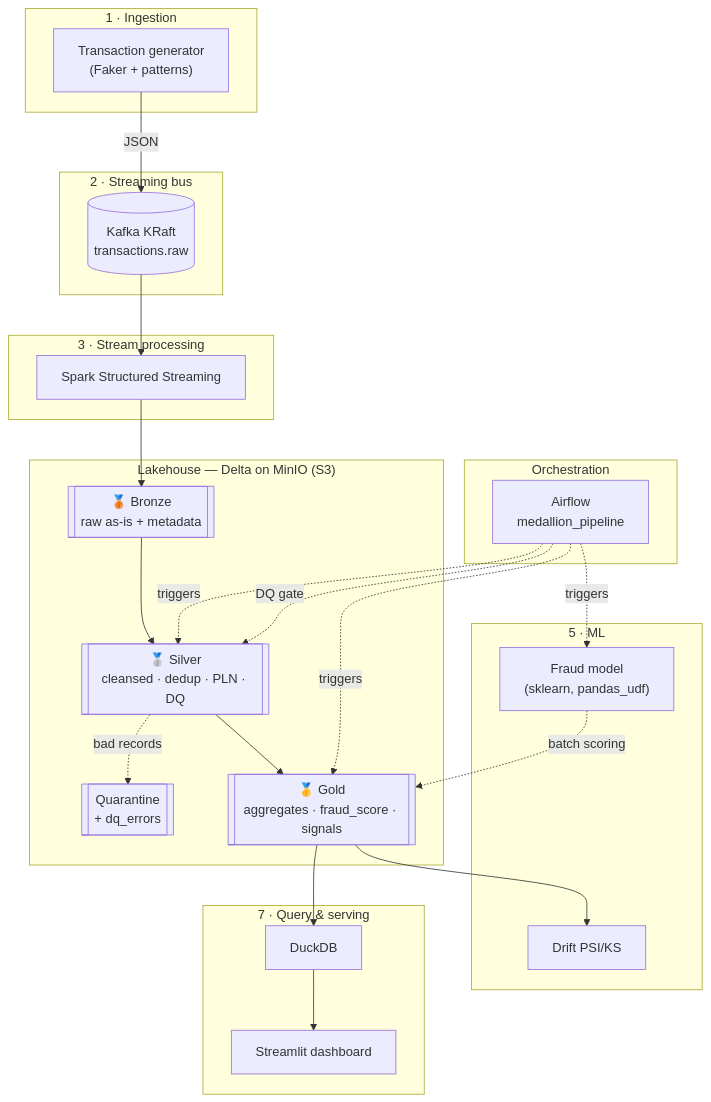
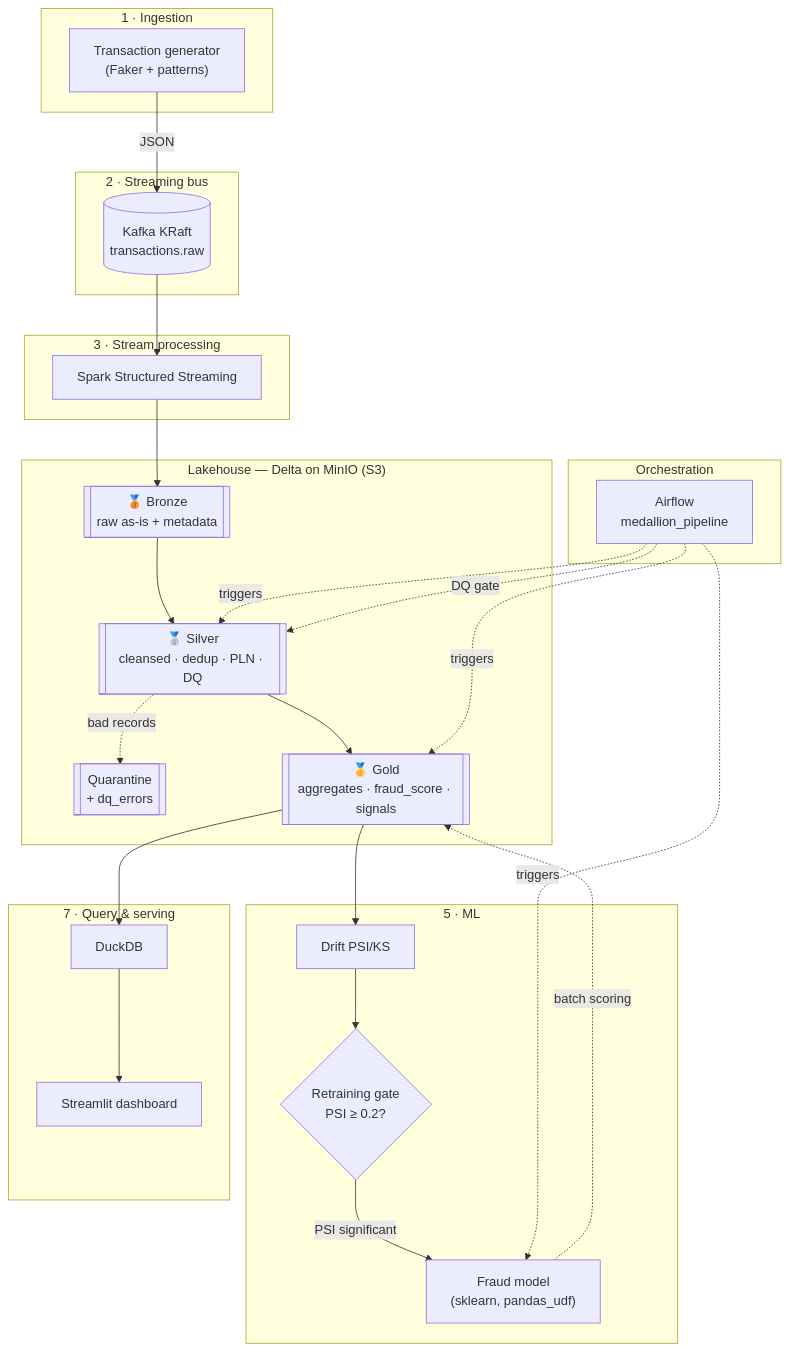
Before and after one commit to Pawel123j/TransactPulse: the diagram in docs/ARCHITECTURE.md, drawn with Mermaid. The commit also changed other lines of this file, not shown here.

````diff
--- a/docs/ARCHITECTURE.md
+++ b/docs/ARCHITECTURE.md
@@ -11,42 +11,45 @@
 ```mermaid
 flowchart TB
     subgraph ING["1 · Ingestion"]
         GEN["Transaction generator<br/>(Faker + patterns)"]
     end
     subgraph BUS["2 · Streaming bus"]
         KAFKA[("Kafka KRaft<br/>transactions.raw")]
     end
     subgraph PROC["3 · Stream processing"]
         SPARK["Spark Structured Streaming"]
     end
     subgraph LAKE["Lakehouse — Delta on MinIO (S3)"]
         BRONZE[["🥉 Bronze<br/>raw as-is + metadata"]]
         SILVER[["🥈 Silver<br/>cleansed · dedup · PLN · DQ"]]
         QUAR[["Quarantine<br/>+ dq_errors"]]
         GOLD[["🥇 Gold<br/>aggregates · fraud_score · signals"]]
     end
     subgraph ML["5 · ML"]
         MODEL["Fraud model<br/>(sklearn, pandas_udf)"]
         DRIFT["Drift PSI/KS"]
+        GATE{"Retraining gate<br/>PSI ≥ 0.2?"}
     end
     subgraph SERVE["7 · Query & serving"]
         DUCK["DuckDB"]
         DASH["Streamlit dashboard"]
     end
     subgraph ORCH["Orchestration"]
         AIR["Airflow<br/>medallion_pipeline"]
     end
 
     GEN -->|JSON| KAFKA --> SPARK --> BRONZE
     BRONZE --> SILVER
     SILVER -. bad records .-> QUAR
     SILVER --> GOLD
     MODEL -. batch scoring .-> GOLD
     GOLD --> DRIFT
+    DRIFT --> GATE
+    GATE -->|PSI significant| MODEL
     GOLD --> DUCK --> DASH
 
     AIR -. triggers .-> SILVER
     AIR -. triggers .-> GOLD
     AIR -. triggers .-> MODEL
     AIR -. DQ gate .-> SILVER
 ```
````
